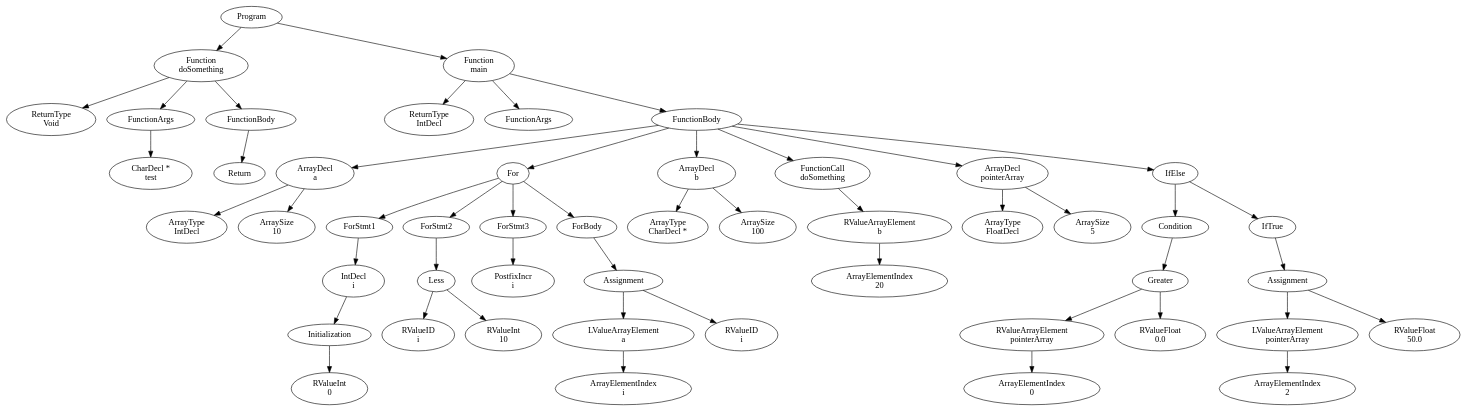
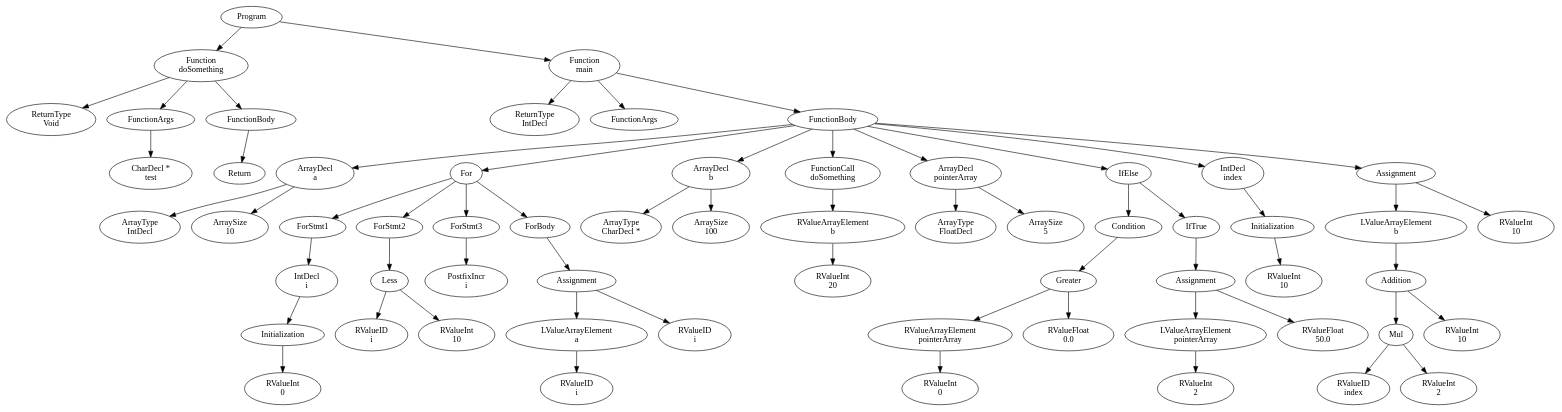
The diagram in official/res/solutions/arrays.dot (FedericoQuin/Compilers), drawn with Graphviz before and after one commit. The commit also changed 11 other files, not shown here.

Commit message:
Expressions for array indexing + type checking on index

```diff
--- a/official/res/solutions/arrays.dot
+++ b/official/res/solutions/arrays.dot
@@ -1,101 +1,123 @@
 digraph AST {
 2 [label="Program"];
 3 [label="Function \ndoSomething"];
 4 [label="ReturnType \nVoid"];
 5 [label="FunctionArgs"];
 6 [label="CharDecl * \ntest"];
 5 -> 6;
 7 [label="FunctionBody"];
 8 [label="Return"];
 7 -> 8;
 3 -> 4;
 3 -> 5;
 3 -> 7;
 9 [label="Function \nmain"];
 10 [label="ReturnType \nIntDecl"];
 11 [label="FunctionArgs"];
 12 [label="FunctionBody"];
 13 [label="ArrayDecl \na"];
 14 [label="ArrayType \nIntDecl"];
 15 [label="ArraySize \n10"];
 13 -> 14;
 13 -> 15;
 16 [label="For"];
 17 [label="ForStmt1"];
 18 [label="IntDecl \ni"];
 19 [label="Initialization"];
 20 [label="RValueInt \n0"];
 19 -> 20;
 18 -> 19;
 17 -> 18;
 21 [label="ForStmt2"];
 22 [label="Less"];
 23 [label="RValueID \ni"];
 24 [label="RValueInt \n10"];
 22 -> 23;
 22 -> 24;
 21 -> 22;
 25 [label="ForStmt3"];
 26 [label="PostfixIncr \ni"];
 25 -> 26;
 27 [label="ForBody"];
 28 [label="Assignment"];
 29 [label="LValueArrayElement \na"];
-30 [label="ArrayElementIndex \ni"];
+30 [label="RValueID \ni"];
 29 -> 30;
 31 [label="RValueID \ni"];
 28 -> 29;
 28 -> 31;
 27 -> 28;
 16 -> 17;
 16 -> 21;
 16 -> 25;
 16 -> 27;
 32 [label="ArrayDecl \nb"];
 33 [label="ArrayType \nCharDecl *"];
 34 [label="ArraySize \n100"];
 32 -> 33;
 32 -> 34;
 35 [label="FunctionCall \ndoSomething"];
 36 [label="RValueArrayElement \nb"];
-37 [label="ArrayElementIndex \n20"];
+37 [label="RValueInt \n20"];
 36 -> 37;
 35 -> 36;
 38 [label="ArrayDecl \npointerArray"];
 39 [label="ArrayType \nFloatDecl"];
 40 [label="ArraySize \n5"];
 38 -> 39;
 38 -> 40;
 41 [label="IfElse"];
 42 [label="Condition"];
 43 [label="Greater"];
 44 [label="RValueArrayElement \npointerArray"];
-45 [label="ArrayElementIndex \n0"];
+45 [label="RValueInt \n0"];
 44 -> 45;
 46 [label="RValueFloat \n0.0"];
 43 -> 44;
 43 -> 46;
 42 -> 43;
 47 [label="IfTrue"];
 48 [label="Assignment"];
 49 [label="LValueArrayElement \npointerArray"];
-50 [label="ArrayElementIndex \n2"];
+50 [label="RValueInt \n2"];
 49 -> 50;
 51 [label="RValueFloat \n50.0"];
 48 -> 49;
 48 -> 51;
 47 -> 48;
 41 -> 42;
 41 -> 47;
+52 [label="IntDecl \nindex"];
+53 [label="Initialization"];
+54 [label="RValueInt \n10"];
+53 -> 54;
+52 -> 53;
+55 [label="Assignment"];
+56 [label="LValueArrayElement \nb"];
+57 [label="Addition"];
+58 [label="Mul"];
+59 [label="RValueID \nindex"];
+60 [label="RValueInt \n2"];
+58 -> 59;
+58 -> 60;
+61 [label="RValueInt \n10"];
+57 -> 58;
+57 -> 61;
+56 -> 57;
+62 [label="RValueInt \n10"];
+55 -> 56;
+55 -> 62;
 12 -> 13;
 12 -> 16;
 12 -> 32;
 12 -> 35;
 12 -> 38;
 12 -> 41;
+12 -> 52;
+12 -> 55;
 9 -> 10;
 9 -> 11;
 9 -> 12;
 2 -> 3;
 2 -> 9;
 }
```
